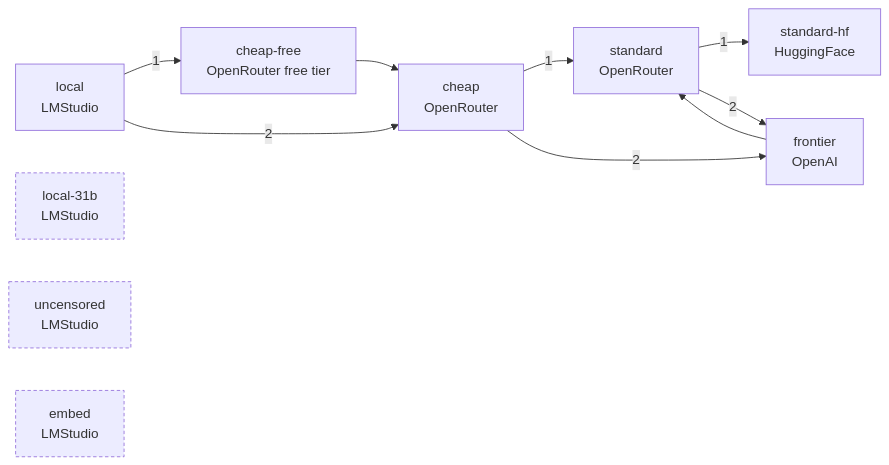
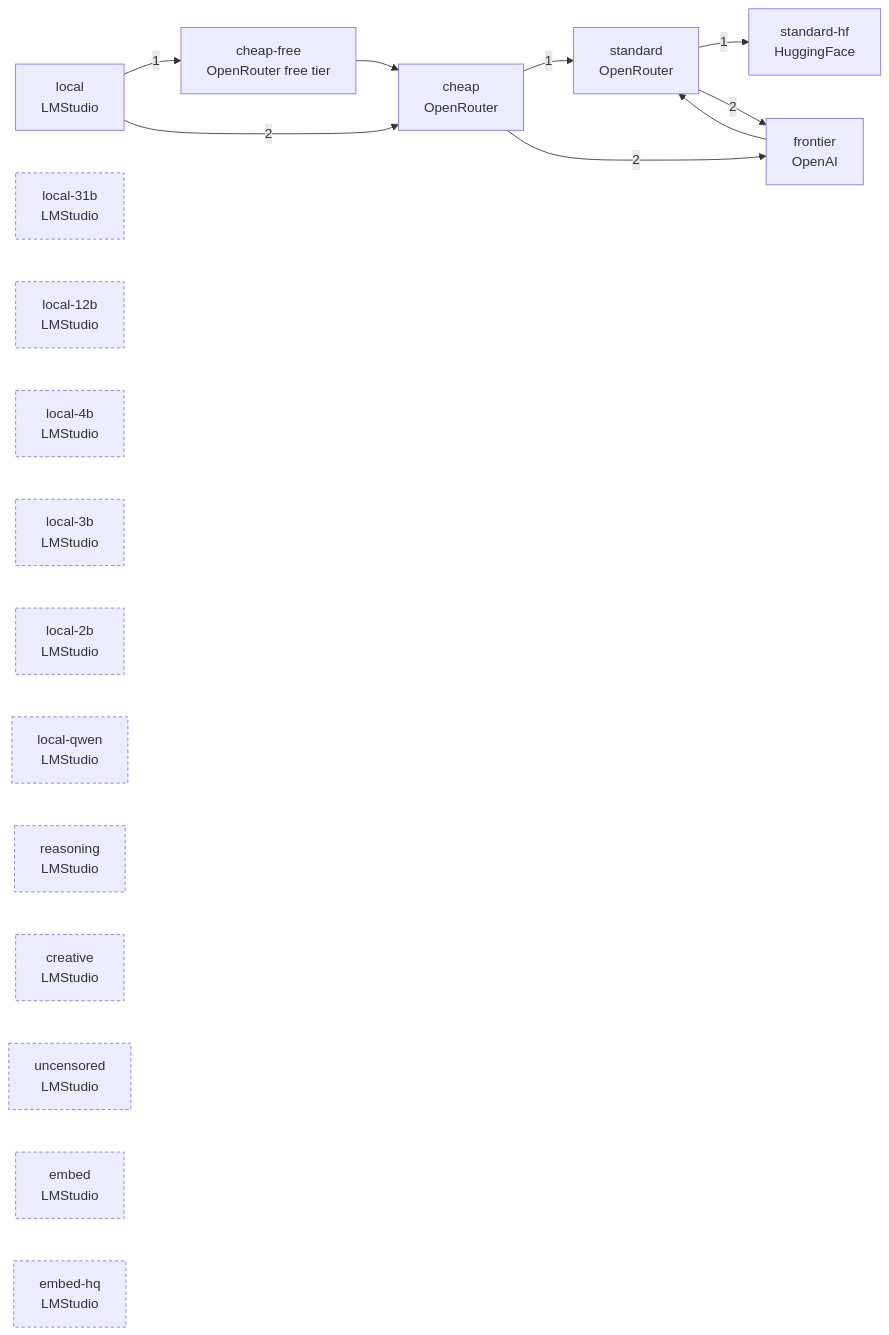
The second of 3 diagrams in README.md (lukaskellerstein/ai-gateway), drawn with Mermaid before and after one commit. The commit also changed other lines of this file and 23 other files, not shown here.

````diff
--- a/README.md
+++ b/README.md
@@ -98,18 +174,26 @@
 ```mermaid
 flowchart LR
     local["local<br/>LMStudio"] -->|1| cheapfree["cheap-free<br/>OpenRouter free tier"]
     local -->|2| cheap
     cheapfree --> cheap["cheap<br/>OpenRouter"]
     cheap -->|1| standard["standard<br/>OpenRouter"]
     cheap -->|2| frontier["frontier<br/>OpenAI"]
     standard -->|1| standardhf["standard-hf<br/>HuggingFace"]
     standard -->|2| frontier
     frontier --> standard
 
     local31b["local-31b<br/>LMStudio"]
+    local12b["local-12b<br/>LMStudio"]
+    local4b["local-4b<br/>LMStudio"]
+    local3b["local-3b<br/>LMStudio"]
+    local2b["local-2b<br/>LMStudio"]
+    localqwen["local-qwen<br/>LMStudio"]
+    reasoning["reasoning<br/>LMStudio"]
+    creative["creative<br/>LMStudio"]
     uncensored["uncensored<br/>LMStudio"]
     embed["embed<br/>LMStudio"]
+    embedhq["embed-hq<br/>LMStudio"]
 
     classDef terminal stroke-dasharray: 4 3
-    class local31b,uncensored,embed terminal
+    class local31b,local12b,local4b,local3b,local2b,localqwen,reasoning,creative,uncensored,embed,embedhq terminal
 ```
````
